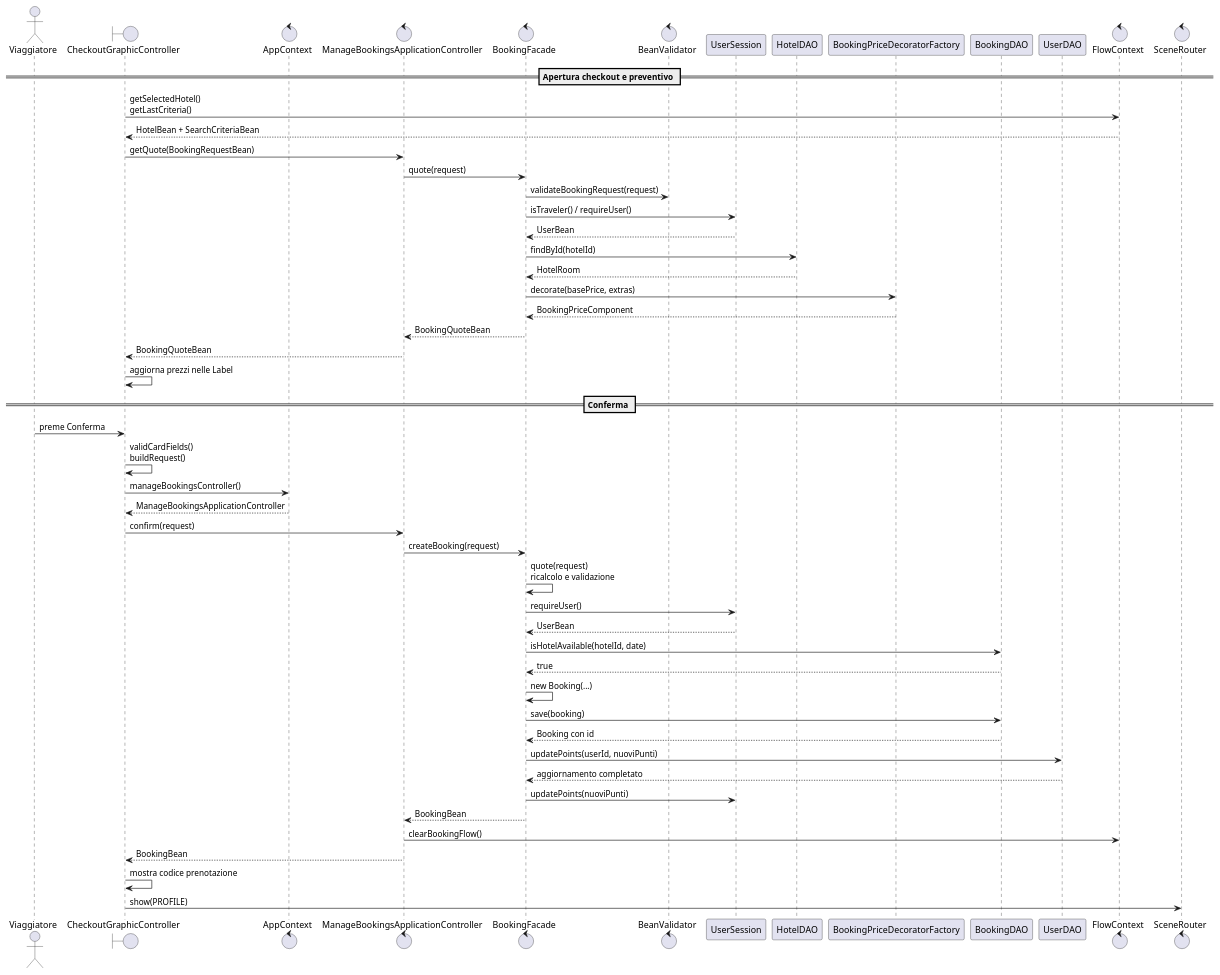
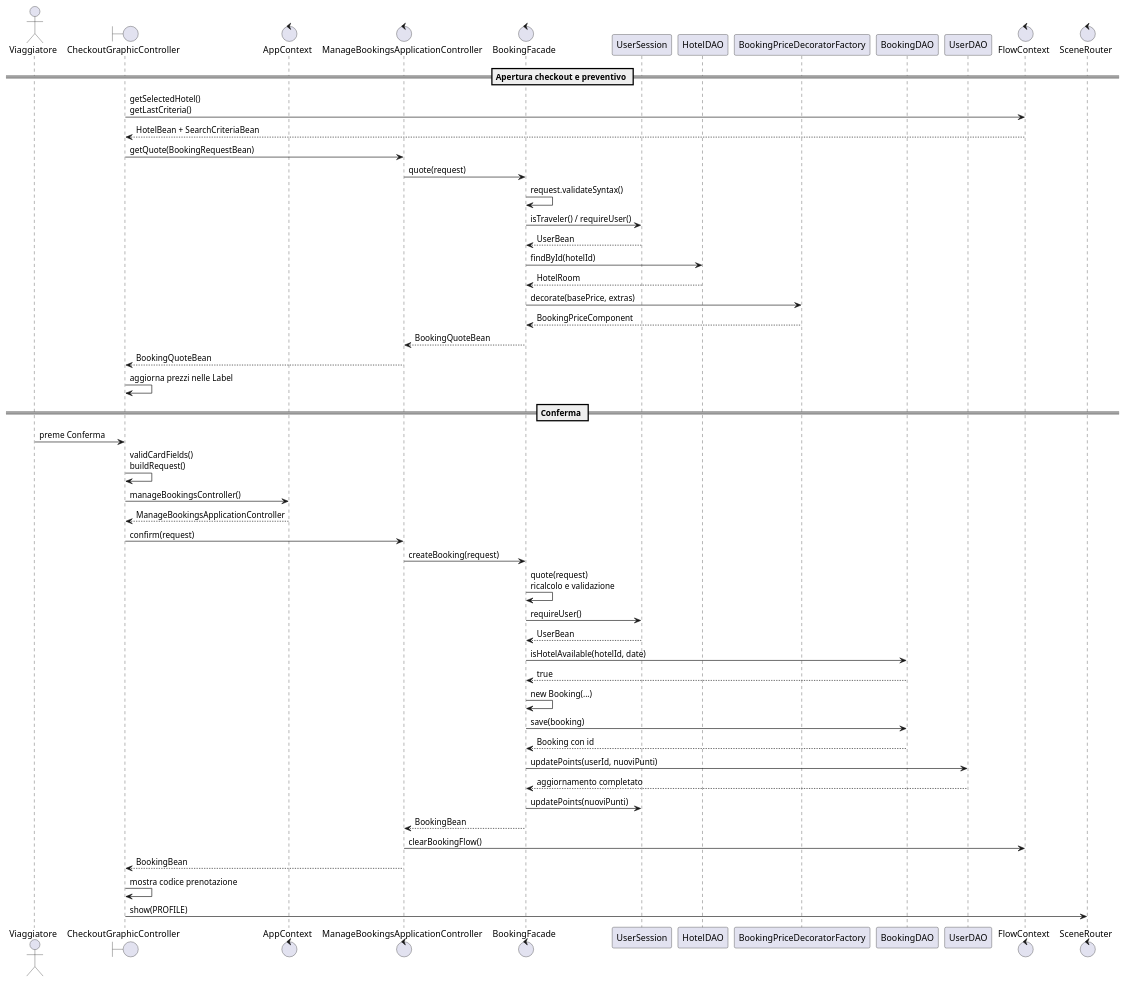
The diagram in docs/uml/sequence-booking.puml (SammySignorile/adventure-time), drawn with PlantUML before and after one commit. The commit also changed 17 other files, not shown here.

```diff
--- a/docs/uml/sequence-booking.puml
+++ b/docs/uml/sequence-booking.puml
@@ -1,56 +1,55 @@
 @startuml
 actor Viaggiatore
 boundary CheckoutGraphicController as GUI
 control AppContext as CTX
 control ManageBookingsApplicationController as AC
 control BookingFacade as FACADE
-control BeanValidator as VALIDATOR
 participant UserSession as SESSION
 participant HotelDAO as HDAO
 participant BookingPriceDecoratorFactory as DECORATOR
 participant BookingDAO as BDAO
 participant UserDAO as UDAO
 control FlowContext as FLOW
 control SceneRouter as ROUTER
 
 == Apertura checkout e preventivo ==
 GUI -> FLOW : getSelectedHotel()\ngetLastCriteria()
 FLOW --> GUI : HotelBean + SearchCriteriaBean
 GUI -> AC : getQuote(BookingRequestBean)
 AC -> FACADE : quote(request)
-FACADE -> VALIDATOR : validateBookingRequest(request)
+FACADE -> FACADE : request.validateSyntax()
 FACADE -> SESSION : isTraveler() / requireUser()
 SESSION --> FACADE : UserBean
 FACADE -> HDAO : findById(hotelId)
 HDAO --> FACADE : HotelRoom
 FACADE -> DECORATOR : decorate(basePrice, extras)
 DECORATOR --> FACADE : BookingPriceComponent
 FACADE --> AC : BookingQuoteBean
 AC --> GUI : BookingQuoteBean
 GUI -> GUI : aggiorna prezzi nelle Label
 
 == Conferma ==
 Viaggiatore -> GUI : preme Conferma
 GUI -> GUI : validCardFields()\nbuildRequest()
 GUI -> CTX : manageBookingsController()
 CTX --> GUI : ManageBookingsApplicationController
 GUI -> AC : confirm(request)
 AC -> FACADE : createBooking(request)
 
 FACADE -> FACADE : quote(request)\nricalcolo e validazione
 FACADE -> SESSION : requireUser()
 SESSION --> FACADE : UserBean
 FACADE -> BDAO : isHotelAvailable(hotelId, date)
 BDAO --> FACADE : true
 FACADE -> FACADE : new Booking(...)
 FACADE -> BDAO : save(booking)
 BDAO --> FACADE : Booking con id
 FACADE -> UDAO : updatePoints(userId, nuoviPunti)
 UDAO --> FACADE : aggiornamento completato
 FACADE -> SESSION : updatePoints(nuoviPunti)
 FACADE --> AC : BookingBean
 AC -> FLOW : clearBookingFlow()
 AC --> GUI : BookingBean
 GUI -> GUI : mostra codice prenotazione
 GUI -> ROUTER : show(PROFILE)
 @enduml
```
